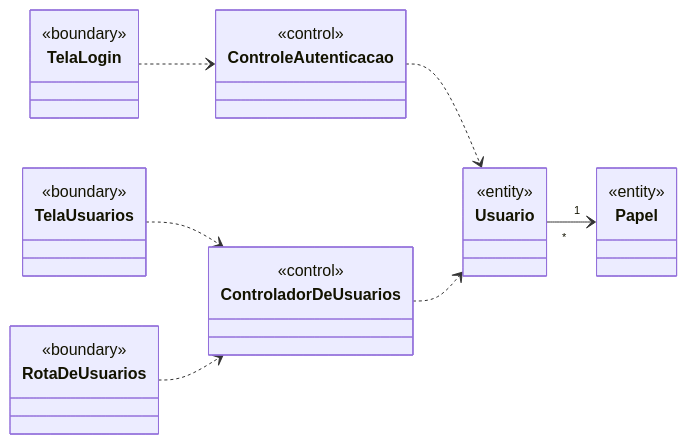
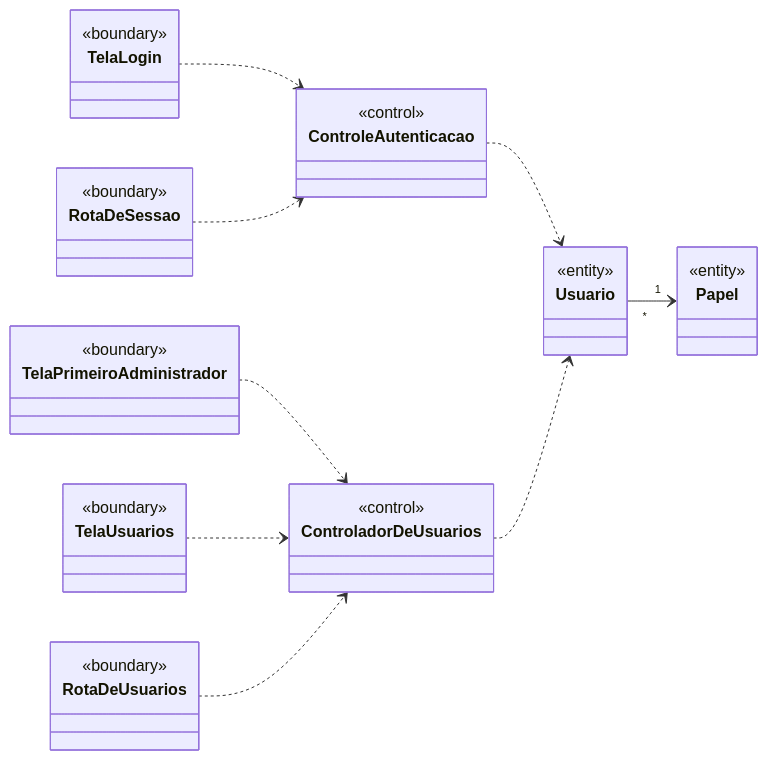
One commit to beatrizmontenegro07/projeto-metodos changed the first of 2 diagrams in docs/05-analise.md. Above: the diagram before and after it, drawn with Mermaid. The commit also changed other lines of this file and 6 other files, not shown here.

````diff
--- a/docs/05-analise.md
+++ b/docs/05-analise.md
@@ -9,22 +9,26 @@
 ```mermaid
 classDiagram
     direction LR
 
     class TelaLogin { <<boundary>> }
+    class TelaPrimeiroAdministrador { <<boundary>> }
+    class RotaDeSessao { <<boundary>> }
     class TelaUsuarios { <<boundary>> }
     class RotaDeUsuarios { <<boundary>> }
 
     class ControleAutenticacao { <<control>> }
     class ControladorDeUsuarios { <<control>> }
 
     class Usuario { <<entity>> }
     class Papel { <<entity>> }
 
     Usuario "*" --> "1" Papel
 
     TelaLogin ..> ControleAutenticacao
+    RotaDeSessao ..> ControleAutenticacao
+    TelaPrimeiroAdministrador ..> ControladorDeUsuarios
     TelaUsuarios ..> ControladorDeUsuarios
     RotaDeUsuarios ..> ControladorDeUsuarios
     ControleAutenticacao ..> Usuario
     ControladorDeUsuarios ..> Usuario
 ```
````
